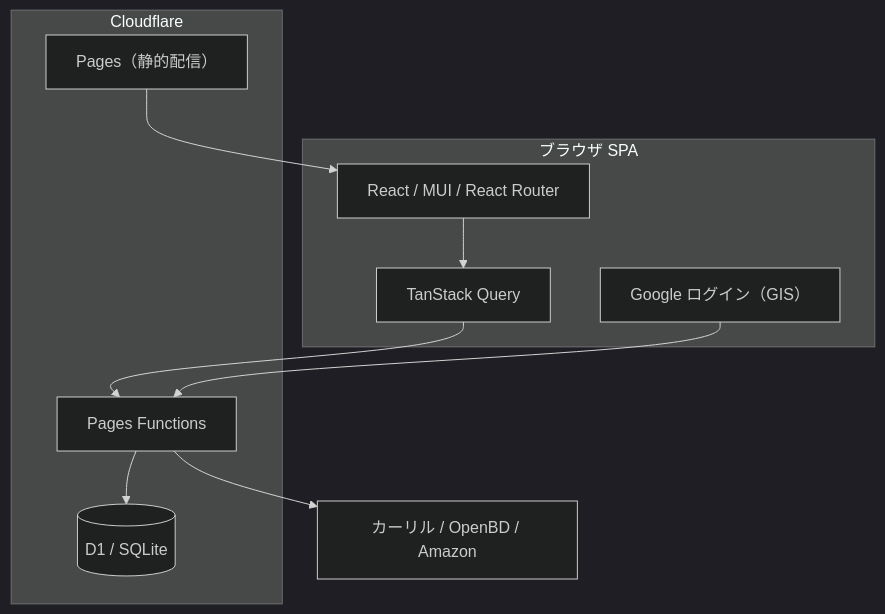
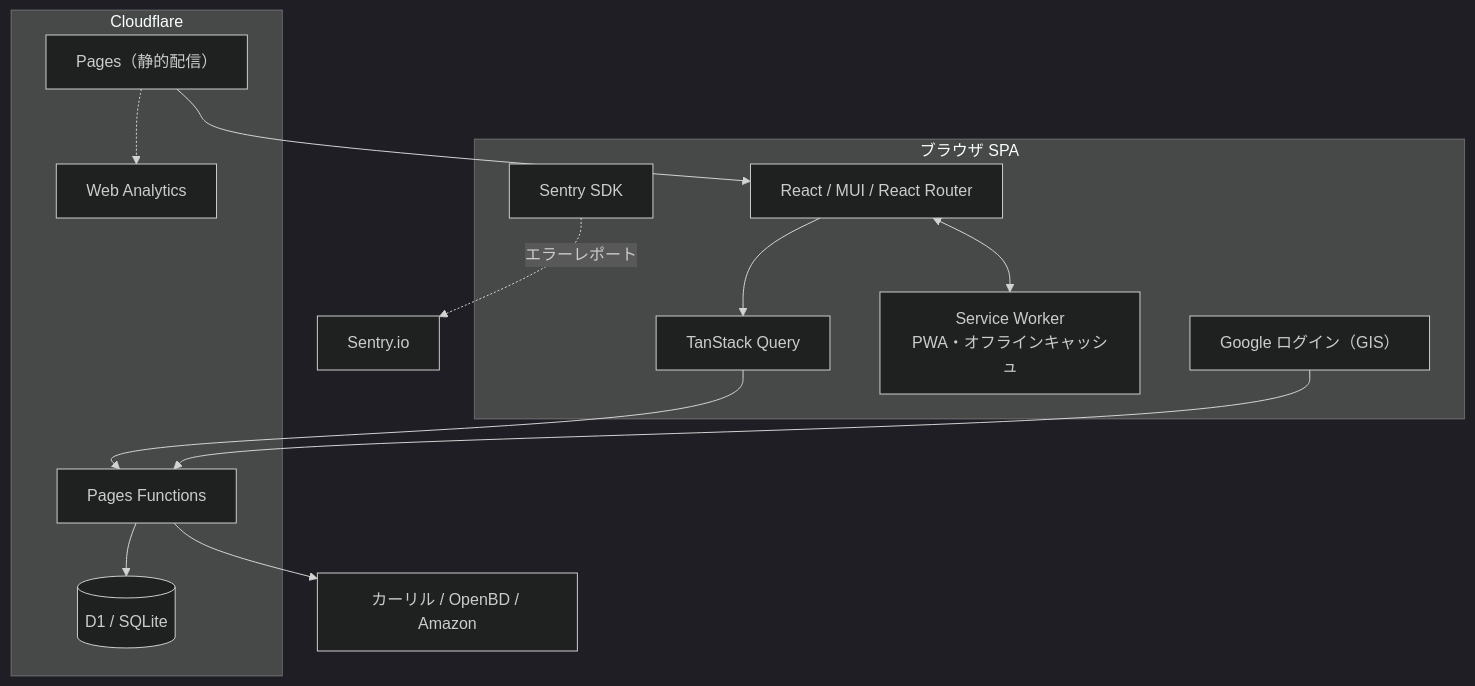
One commit to satoryu/LibCheck changed the diagram in docs/roadmap.md. Above: the diagram before and after it, drawn with Mermaid (dark theme). The commit also changed other lines of this file and 1 other file, not shown here.

````diff
--- a/docs/roadmap.md
+++ b/docs/roadmap.md
@@ -49,20 +58,26 @@
 ```mermaid
 graph TD
     subgraph client[ブラウザ SPA]
       UI[React / MUI / React Router]
       RQ[TanStack Query]
+      SW[Service Worker<br/>PWA・オフラインキャッシュ]
       AUTH[Google ログイン（GIS）]
+      SENTRY[Sentry SDK]
     end
     subgraph cf[Cloudflare]
       PAGES[Pages（静的配信）]
       FN[Pages Functions]
       D1[(D1 / SQLite)]
+      CFA[Web Analytics]
     end
     EXT[カーリル / OpenBD / Amazon]
 
     UI --> RQ --> FN
+    UI <--> SW
     AUTH --> FN
     FN --> D1
     FN --> EXT
     PAGES --> UI
+    SENTRY -.->|エラーレポート| ExtSentry[Sentry.io]
+    PAGES -.-> CFA
 ```
````
